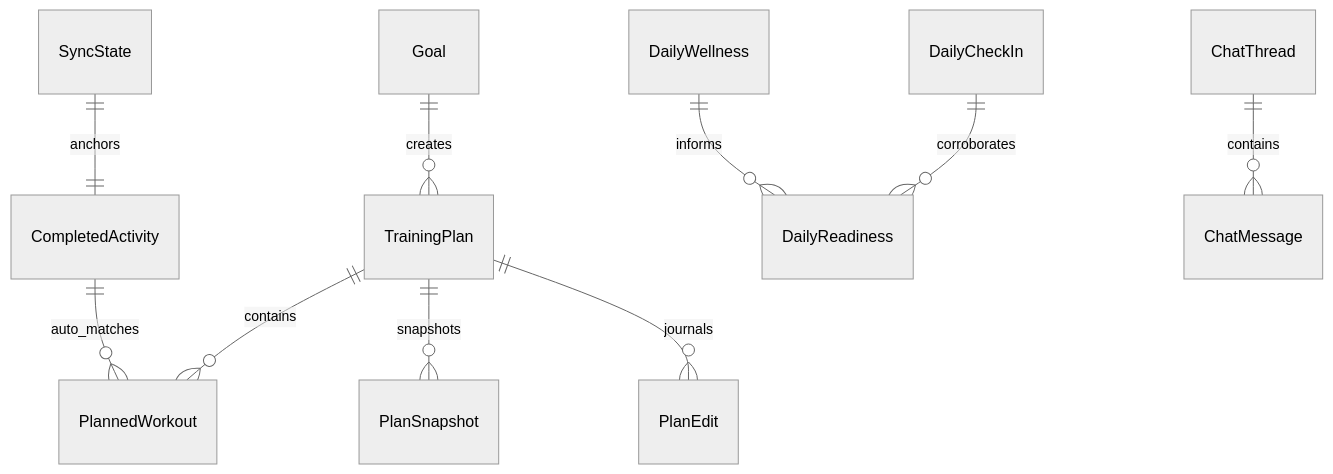
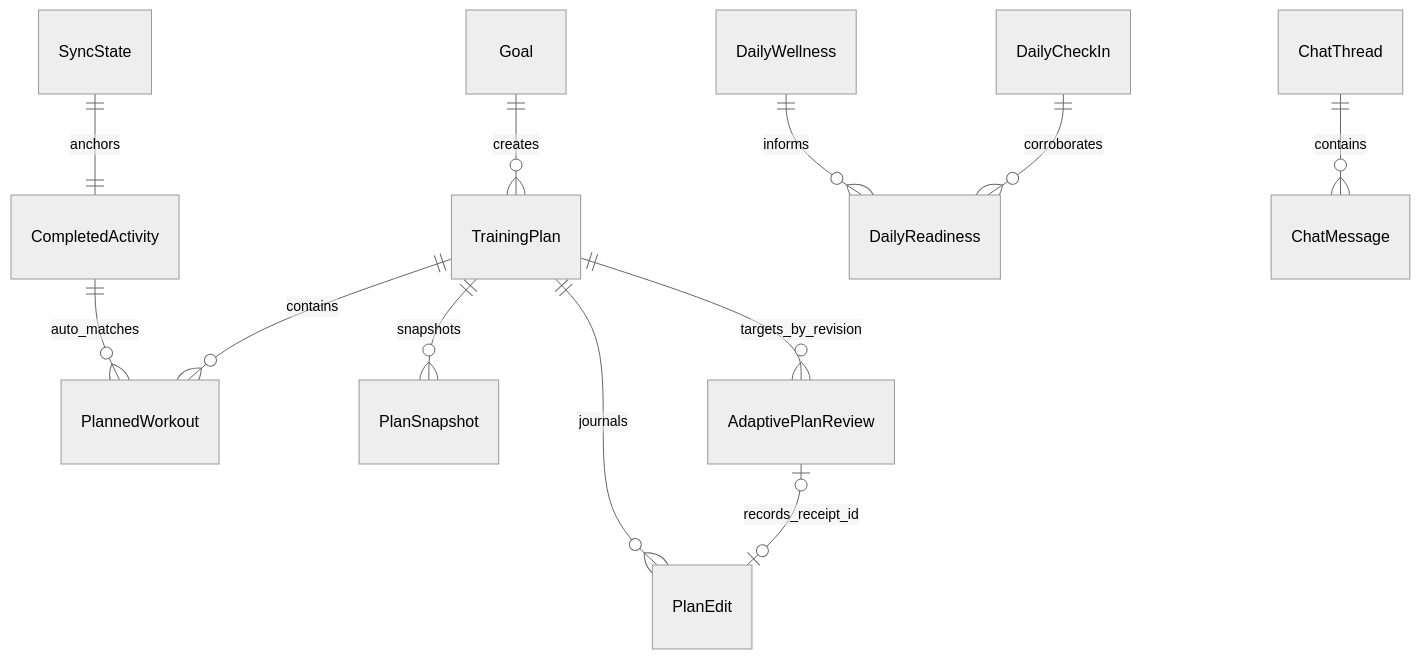
One commit to GodStorm91/TrainOrRest changed the diagram in docs/onboarding/model-map.mmd. Above: the diagram before and after it, drawn with Mermaid (neutral theme). The commit also changed 30 other files, not shown here.

First line of the commit message:
feat(adaptive-review): review next week's plan after a finished run (#8)

```diff
--- a/docs/onboarding/model-map.mmd
+++ b/docs/onboarding/model-map.mmd
@@ -1,10 +1,12 @@
 erDiagram
   Goal ||--o{ TrainingPlan : creates
   TrainingPlan ||--o{ PlannedWorkout : contains
   TrainingPlan ||--o{ PlanSnapshot : snapshots
   TrainingPlan ||--o{ PlanEdit : journals
+  TrainingPlan ||--o{ AdaptivePlanReview : targets_by_revision
+  AdaptivePlanReview o|--o| PlanEdit : records_receipt_id
   CompletedActivity ||--o{ PlannedWorkout : auto_matches
   DailyWellness ||--o{ DailyReadiness : informs
   DailyCheckIn ||--o{ DailyReadiness : corroborates
   ChatThread ||--o{ ChatMessage : contains
   SyncState ||--|| CompletedActivity : anchors
```
